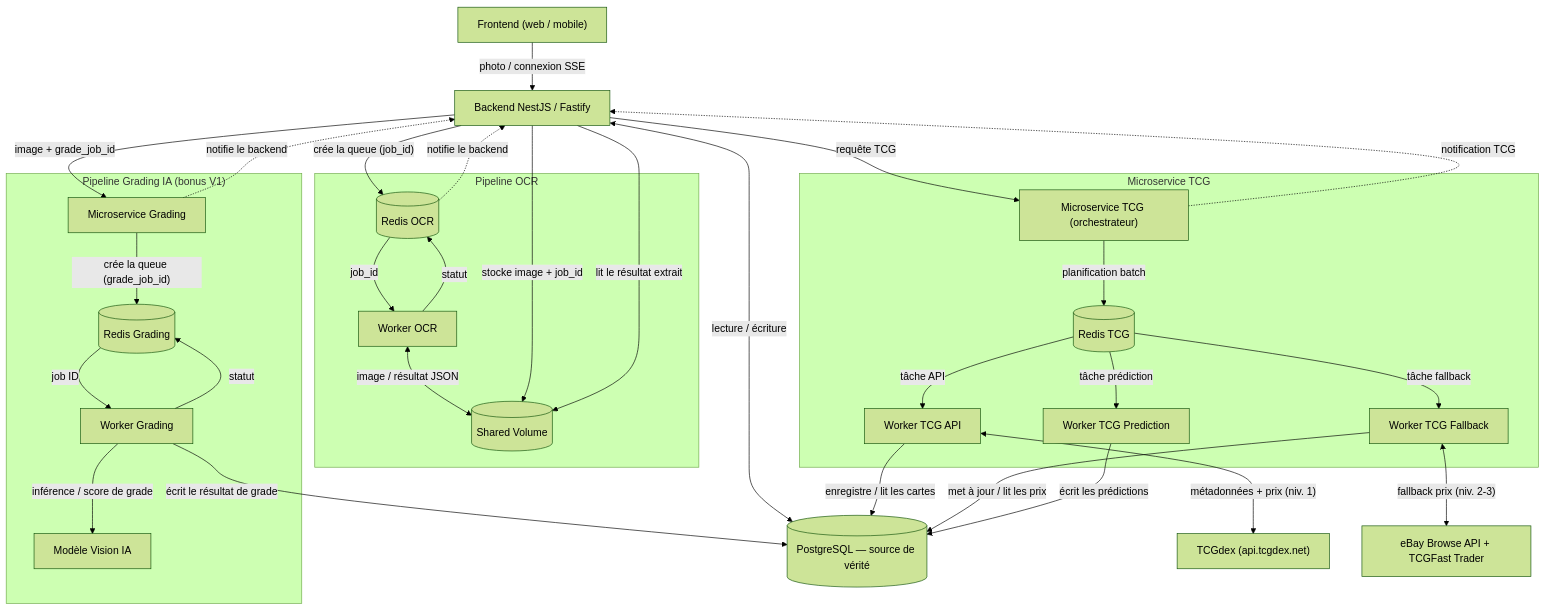
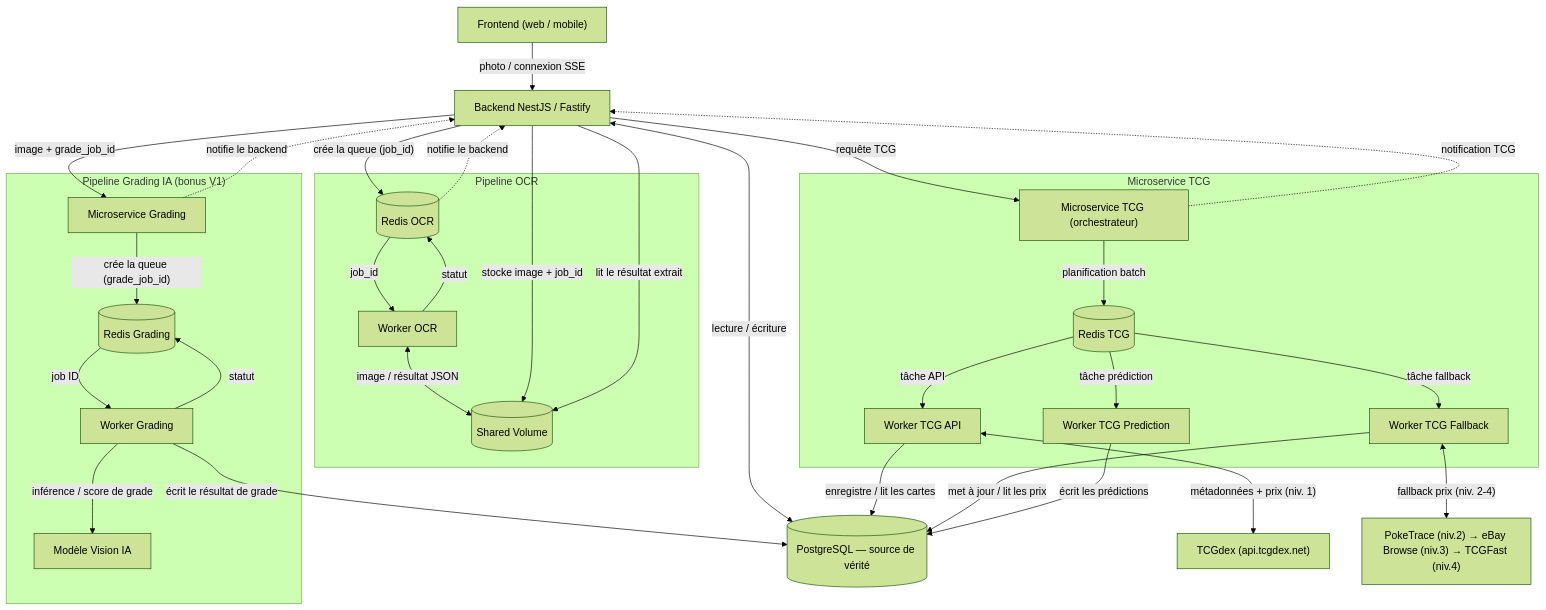
One commit to Collectionr/collectionr_epitech changed the diagram in docs/microservices/architecture_microservices.md. Above: the diagram before and after it, drawn with Mermaid (forest theme). The commit also changed other lines of this file and 7 other files, not shown here.

Commit message:
fix: API modification des fallbacks + ajout de PokeTrace

````diff
--- a/docs/microservices/architecture_microservices.md
+++ b/docs/microservices/architecture_microservices.md
@@ -35,55 +35,55 @@
 ```mermaid
 flowchart TB
     FE["Frontend (web / mobile)"]
     BE["Backend NestJS / Fastify"]
     DB[("PostgreSQL — source de vérité")]
 
     FE -->|"photo / connexion SSE"| BE
     BE <-->|"lecture / écriture"| DB
 
     subgraph TCG["Microservice TCG"]
         MTCG["Microservice TCG (orchestrateur)"]
         RTCG[("Redis TCG")]
         WAPI["Worker TCG API"]
         WSCR["Worker TCG Fallback"]
         WPRED["Worker TCG Prediction"]
         MTCG -->|"planification batch"| RTCG
         RTCG -->|"tâche API"| WAPI
         RTCG -->|"tâche fallback"| WSCR
         RTCG -->|"tâche prédiction"| WPRED
     end
     BE -->|"requête TCG"| MTCG
     MTCG -.->|"notification TCG"| BE
     WAPI <-->|"métadonnées + prix (niv. 1)"| EXT["TCGdex (api.tcgdex.net)"]
-    WSCR <-->|"fallback prix (niv. 2-3)"| MKT["eBay Browse API + TCGFast Trader"]
+    WSCR <-->|"fallback prix (niv. 2-4)"| MKT["PokeTrace (niv.2) → eBay Browse (niv.3) → TCGFast (niv.4)"]
     WAPI -->|"enregistre / lit les cartes"| DB
     WSCR -->|"met à jour / lit les prix"| DB
     WPRED -->|"écrit les prédictions"| DB
 
     subgraph OCR["Pipeline OCR"]
         SV[("Shared Volume")]
         ROCR[("Redis OCR")]
         WOCR["Worker OCR"]
         ROCR -->|"job_id"| WOCR
         WOCR -->|"statut"| ROCR
         WOCR <-->|"image / résultat JSON"| SV
     end
     BE -->|"stocke image + job_id"| SV
     BE -->|"crée la queue (job_id)"| ROCR
     ROCR -.->|"notifie le backend"| BE
     BE -->|"lit le résultat extrait"| SV
 
     subgraph GRAD["Pipeline Grading IA (bonus V1)"]
         MGRAD["Microservice Grading"]
         RGRAD[("Redis Grading")]
         WGRAD["Worker Grading"]
         VIS["Modèle Vision IA"]
         MGRAD -->|"crée la queue (grade_job_id)"| RGRAD
         RGRAD -->|"job ID"| WGRAD
         WGRAD -->|"statut"| RGRAD
         WGRAD -->|"inférence / score de grade"| VIS
     end
     BE -->|"image + grade_job_id"| MGRAD
     MGRAD -.->|"notifie le backend"| BE
     WGRAD -->|"écrit le résultat de grade"| DB
 ```
````
